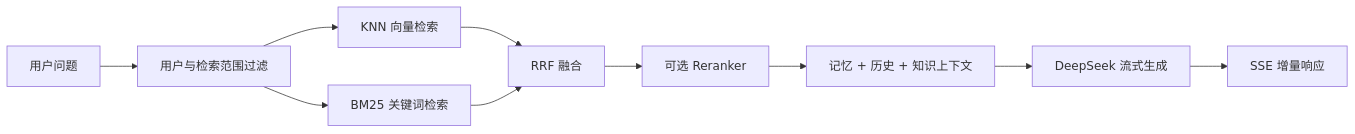
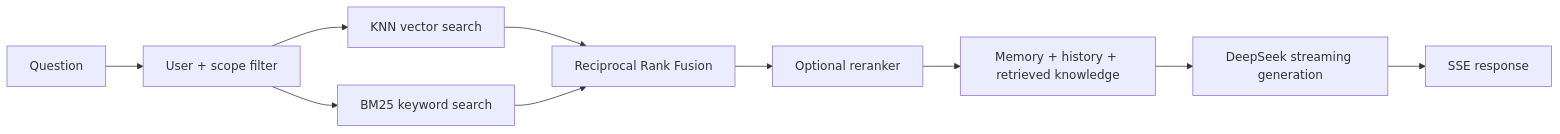
The third of 3 diagrams in README.md (tdog54646/RuiWen), drawn with Mermaid before and after one commit. The commit also changed other lines of this file and 1 other file, not shown here.

Commit message:
docs(readme): 重写 README 为英文并补充架构图

````diff
--- a/README.md
+++ b/README.md
@@ -115,12 +183,12 @@
 ```mermaid
 flowchart LR
-    Question["用户问题"] --> Scope["用户与检索范围过滤"]
-    Scope --> Vector["KNN 向量检索"]
-    Scope --> BM25["BM25 关键词检索"]
-    Vector --> RRF["RRF 融合"]
+    Question["Question"] --> Access["User + scope filter"]
+    Access --> Vector["KNN vector search"]
+    Access --> BM25["BM25 keyword search"]
+    Vector --> RRF["Reciprocal Rank Fusion"]
     BM25 --> RRF
-    RRF --> Rerank["可选 Reranker"]
-    Rerank --> Prompt["记忆 + 历史 + 知识上下文"]
-    Prompt --> LLM["DeepSeek 流式生成"]
-    LLM --> SSE["SSE 增量响应"]
+    RRF --> Rerank["Optional reranker"]
+    Rerank --> Prompt["Memory + history + retrieved knowledge"]
+    Prompt --> LLM["DeepSeek streaming generation"]
+    LLM --> SSE["SSE response"]
 ```
````
